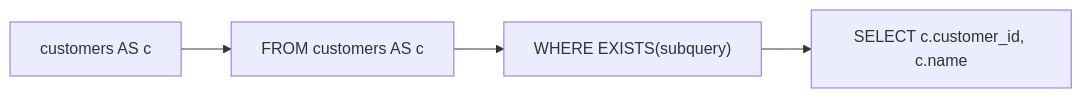
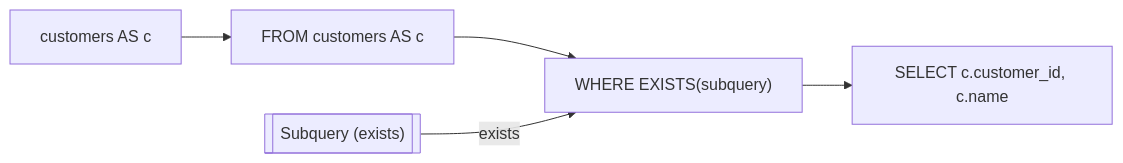
One commit to rot1024/sqloflow changed the diagram in examples/subquery_exists.mmd. Above: the diagram before and after it, drawn with Mermaid. The commit also changed 26 other files, not shown here.

```diff
--- a/examples/subquery_exists.mmd
+++ b/examples/subquery_exists.mmd
@@ -1,8 +1,10 @@
 flowchart LR
     node_0[customers AS c]
     node_1[FROM customers AS c]
     node_2["WHERE EXISTS(subquery)"]
-    node_3["SELECT c.customer_id, c.name"]
+    node_3[["Subquery (exists)"]]
+    node_4["SELECT c.customer_id, c.name"]
     node_0 --> node_1
     node_1 --> node_2
-    node_2 --> node_3
+    node_3 -->|exists| node_2
+    node_2 --> node_4
```
